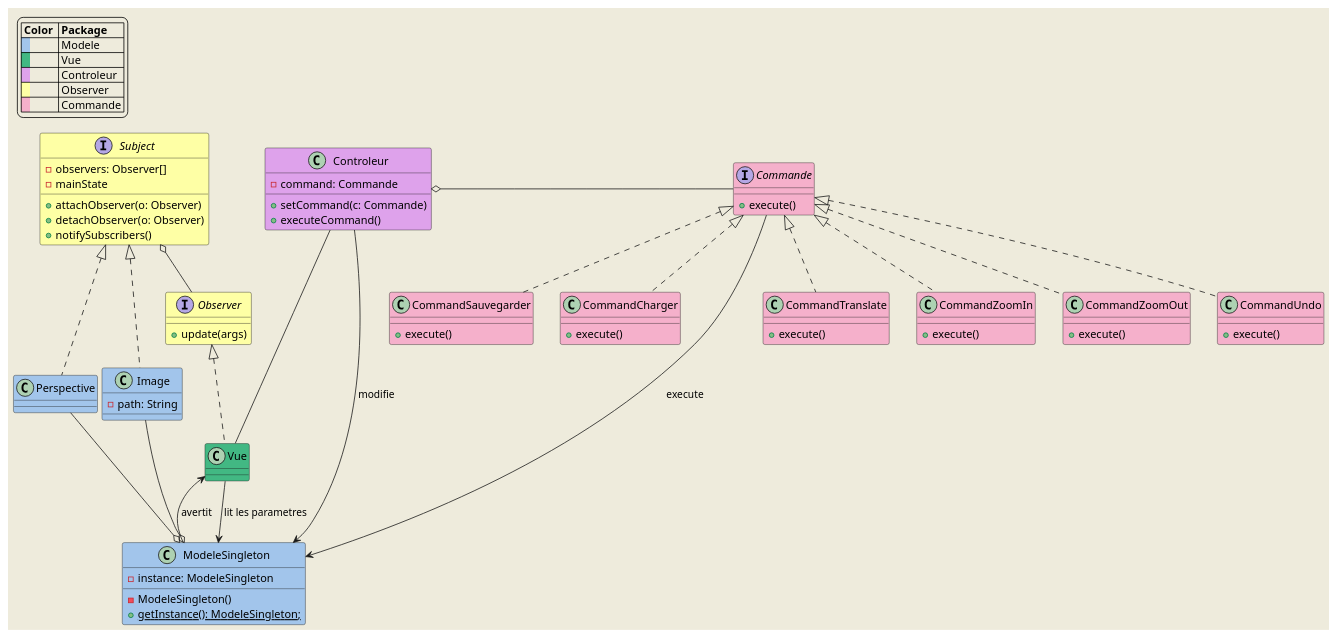
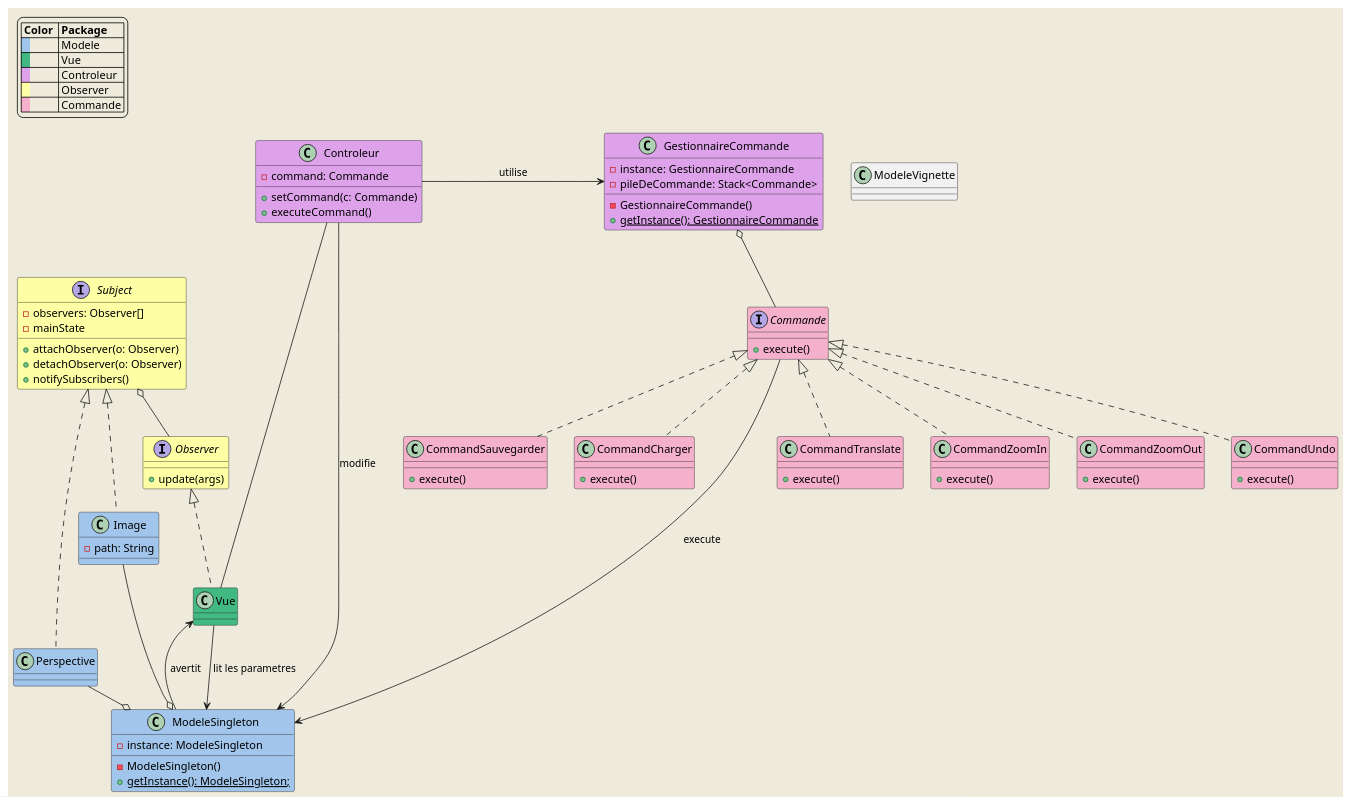
One commit to VelaSam/PerspectivePro changed the diagram in out/production/Log121PerspectivePro/diagrammes/diagramme_de_classe_global.puml. Above: the diagram before and after it, drawn with PlantUML. The commit also changed 2 other files, not shown here.

Commit message:
Termine Diagramme de classe

```diff
--- a/out/production/Log121PerspectivePro/diagrammes/diagramme_de_classe_global.puml
+++ b/out/production/Log121PerspectivePro/diagrammes/diagramme_de_classe_global.puml
@@ -1,118 +1,139 @@
 @startuml
 
 
 skinparam backgroundColor #EEEBDC
 
 legend top left
  |= Color  |= Package |
  |<back:#a2c5eb>   </back>| Modele |
  |<back:#42b883>   </back>| Vue |
  |<back:#dea2eb>   </back>| Controleur |
  |<back:#FEFFA5>   </back>| Observer |
  |<back:#F5B0CB>   </back>| Commande |
  endlegend
 
 
 
 
     '----------OBSERVER--------------'
     interface Observer #FEFFA5{
         +update(args)
     }
 
     interface Subject #FEFFA5{
         -observers: Observer[]
         -mainState
 
         +attachObserver(o: Observer)
         +detachObserver(o: Observer)
         +notifySubscribers()
 
     }
     '-----------OBSERVER--------------'
 
 
 
     '-----------COMMAND--------------'
     interface Commande #F5B0CB {
         +execute()
     }
 
     class CommandTranslate #F5B0CB implements Commande{
         +execute()
    
     }
 
     class CommandZoomIn #F5B0CB implements Commande{
         +execute()
    
     }
 
     class CommandZoomOut #F5B0CB implements Commande{
         +execute()
    
     }
 
     class CommandUndo #F5B0CB implements Commande{
         +execute()
     }
     
     class CommandSauvegarder #F5B0CB implements Commande{
         +execute()
     }
 
     class CommandCharger #F5B0CB implements Commande{
         +execute()
     }
     
     '-----------COMMAND--------------'
 
 
+    '-----------SINGLETON--------------'
+
+
+    class GestionnaireCommande #dea2eb{
+        -instance: GestionnaireCommande
+        -pileDeCommande: Stack<Commande>
+        
+
+        -GestionnaireCommande()
+        + {static} getInstance(): GestionnaireCommande
+
+
+    } 
+    '-----------SINGLETON--------------'
+
 
     class ModeleSingleton #a2c5eb {
         -instance: ModeleSingleton
 
         -ModeleSingleton()
         + {static} getInstance(): ModeleSingleton;
     }
+
+
+    class ModeleVignette{}
 
     class Perspective #a2c5eb implements Subject{
 
     }
 
     class Image #a2c5eb implements Subject{
 
         -path: String
     }
 
     class Controleur #dea2eb{
 
         -command: Commande
+
         +setCommand(c: Commande)
         +executeCommand()
 
+    }
 
-    }
+
+    Controleur -> GestionnaireCommande : utilise
+
+
+    GestionnaireCommande o-- Commande
 
     class Vue #42b883 implements Observer {}
 
 
 
 
     Subject o-- Observer
 
-    ModeleSingleton o-u- Perspective
-    ModeleSingleton o-u- Image
+    ModeleSingleton o-l- Perspective
+    ModeleSingleton o-l- Image
 
     ModeleSingleton <-- Controleur: modifie
     Vue -up- Controleur
 
     Vue <-- ModeleSingleton: avertit
     Vue --> ModeleSingleton: lit les parametres
 
-
-    Commande -l-o Controleur 
-
     Commande ----> ModeleSingleton : execute
 
 @enduml
```
